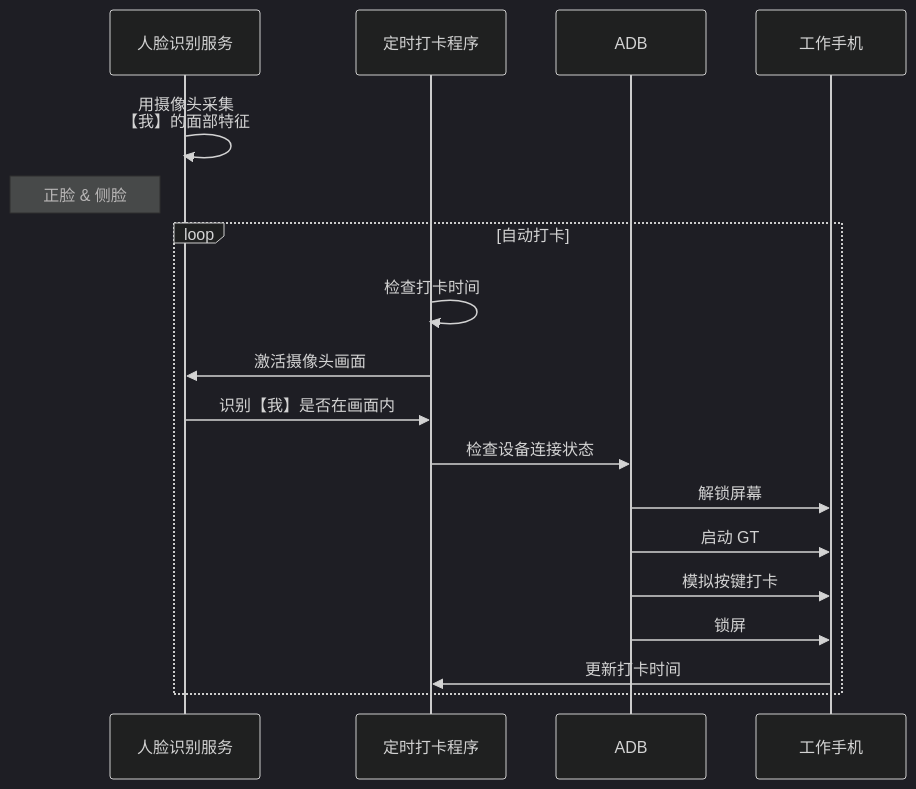
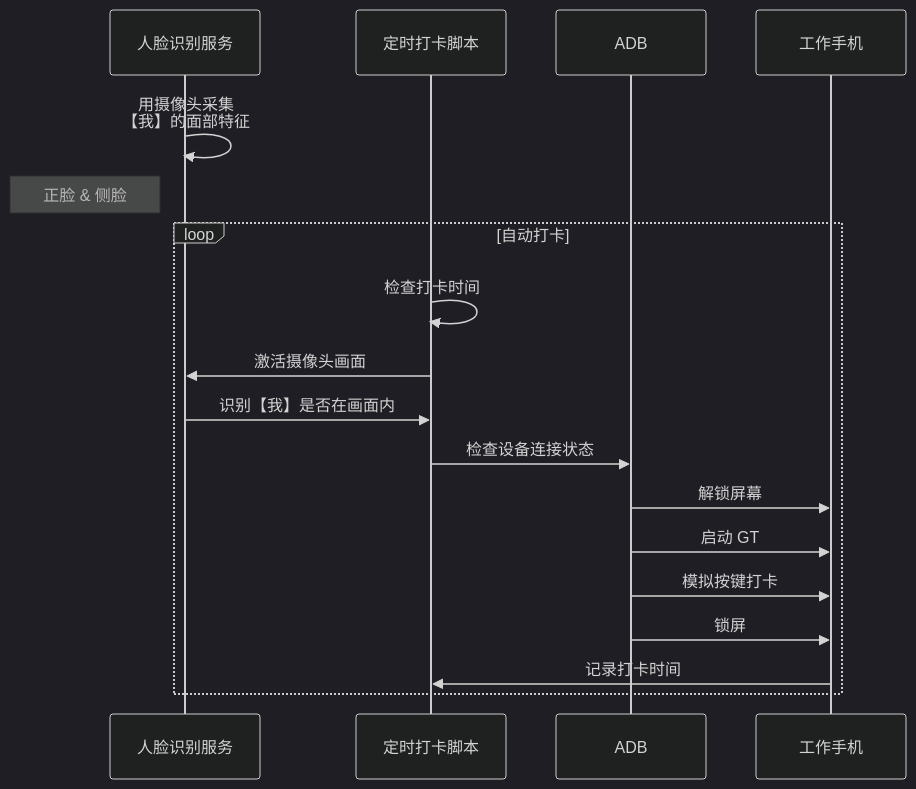
Before and after one commit to Visuals-AI/AI-auto-checkin: the diagram in docs/我用AI+GT做了一个全自动打卡机.md, drawn with Mermaid (dark theme).

````diff
--- a/docs/我用AI+GT做了一个全自动打卡机.md
+++ b/docs/我用AI+GT做了一个全自动打卡机.md
@@ -79,20 +79,20 @@
 ```mermaid
 sequenceDiagram
     participant 人脸识别服务
-    participant 定时打卡程序
+    participant 定时打卡脚本
     participant ADB
     participant 工作手机
     人脸识别服务->>人脸识别服务: 用摄像头采集<br/>【我】的面部特征
     Note left of 人脸识别服务: 正脸 & 侧脸
     loop 自动打卡
-        定时打卡程序->>定时打卡程序: 检查打卡时间
-        定时打卡程序->>人脸识别服务: 激活摄像头画面
-        人脸识别服务->>定时打卡程序: 识别【我】是否在画面内
-        定时打卡程序->>ADB: 检查设备连接状态
+        定时打卡脚本->>定时打卡脚本: 检查打卡时间
+        定时打卡脚本->>人脸识别服务: 激活摄像头画面
+        人脸识别服务->>定时打卡脚本: 识别【我】是否在画面内
+        定时打卡脚本->>ADB: 检查设备连接状态
         ADB->>工作手机: 解锁屏幕
         ADB->>工作手机: 启动 GT
         ADB->>工作手机: 模拟按键打卡
         ADB->>工作手机: 锁屏
-        工作手机->>定时打卡程序: 更新打卡时间
+        工作手机->>定时打卡脚本: 记录打卡时间
     end
 ```
````
